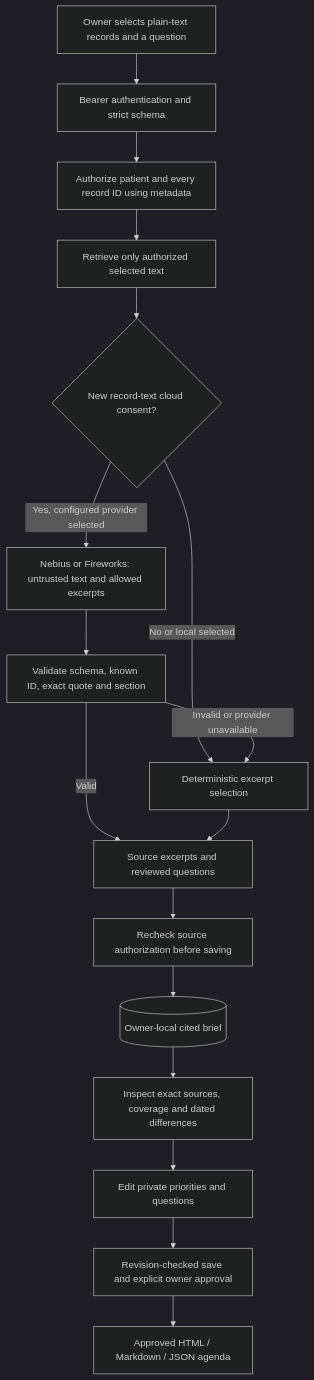
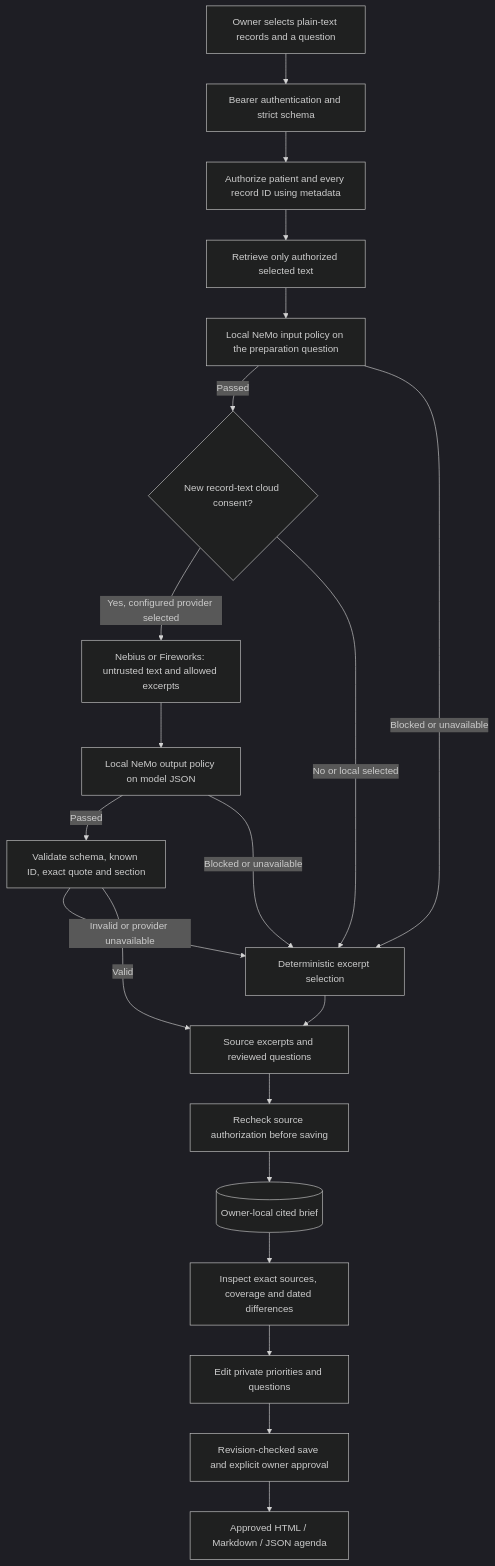
The diagram in docs/ARCHITECTURE.md (sivalinb/pausewell), drawn with Mermaid (dark theme) before and after one commit. The commit also changed other lines of this file and 379 other files, not shown here.

````diff
--- a/docs/ARCHITECTURE.md
+++ b/docs/ARCHITECTURE.md
@@ -7,19 +7,23 @@
 ```mermaid
 flowchart TD
     A[Owner selects plain-text records and a question] --> B[Bearer authentication and strict schema]
     B --> C[Authorize patient and every record ID using metadata]
     C --> D[Retrieve only authorized selected text]
-    D --> E{New record-text cloud consent?}
+    D --> P[Local NeMo input policy on the preparation question]
+    P -->|Passed| E{New record-text cloud consent?}
+    P -->|Blocked or unavailable| G[Deterministic excerpt selection]
     E -->|Yes, configured provider selected| F[Nebius or Fireworks: untrusted text and allowed excerpts]
-    E -->|No or local selected| G[Deterministic excerpt selection]
-    F --> H[Validate schema, known ID, exact quote and section]
+    E -->|No or local selected| G
+    F --> Q[Local NeMo output policy on model JSON]
+    Q -->|Passed| H[Validate schema, known ID, exact quote and section]
+    Q -->|Blocked or unavailable| G
     H -->|Invalid or provider unavailable| G
     H -->|Valid| I[Source excerpts and reviewed questions]
     G --> I
     I --> J[Recheck source authorization before saving]
     J --> K[(Owner-local cited brief)]
     K --> L[Inspect exact sources, coverage and dated differences]
     L --> M[Edit private priorities and questions]
     M --> N[Revision-checked save and explicit owner approval]
     N --> O[Approved HTML / Markdown / JSON agenda]
 ```
````
